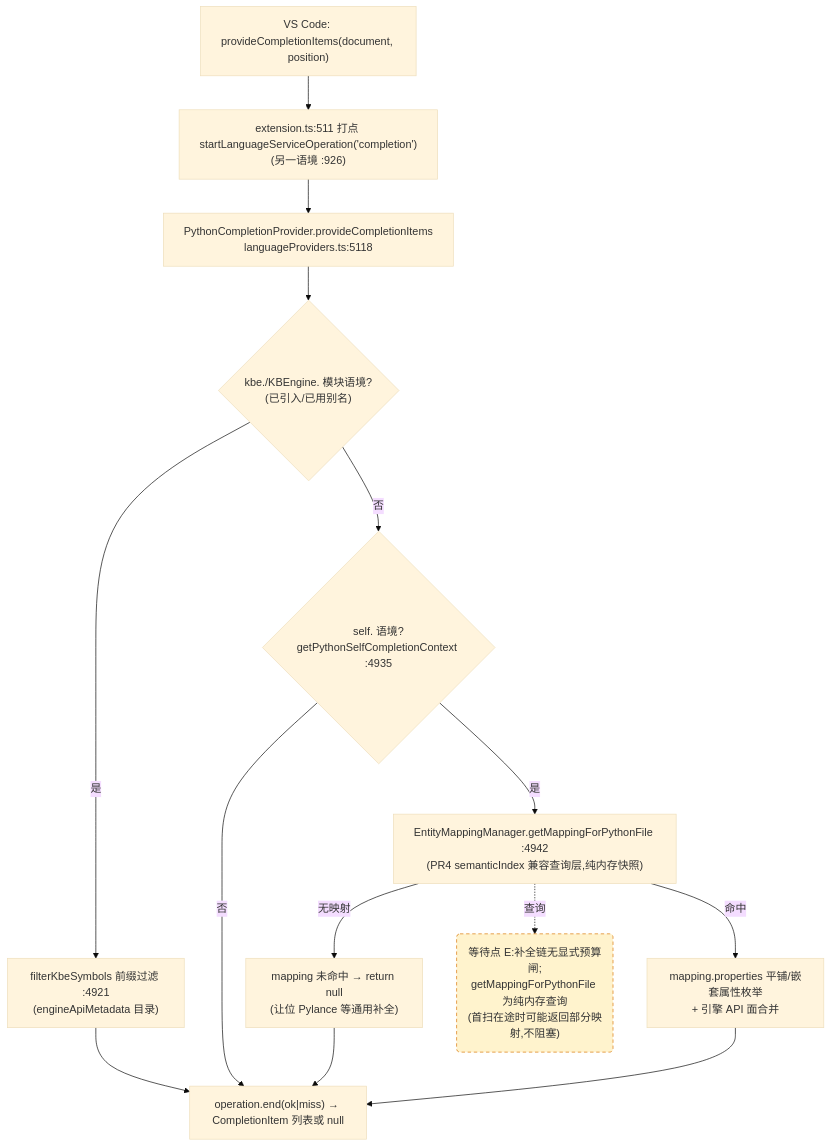
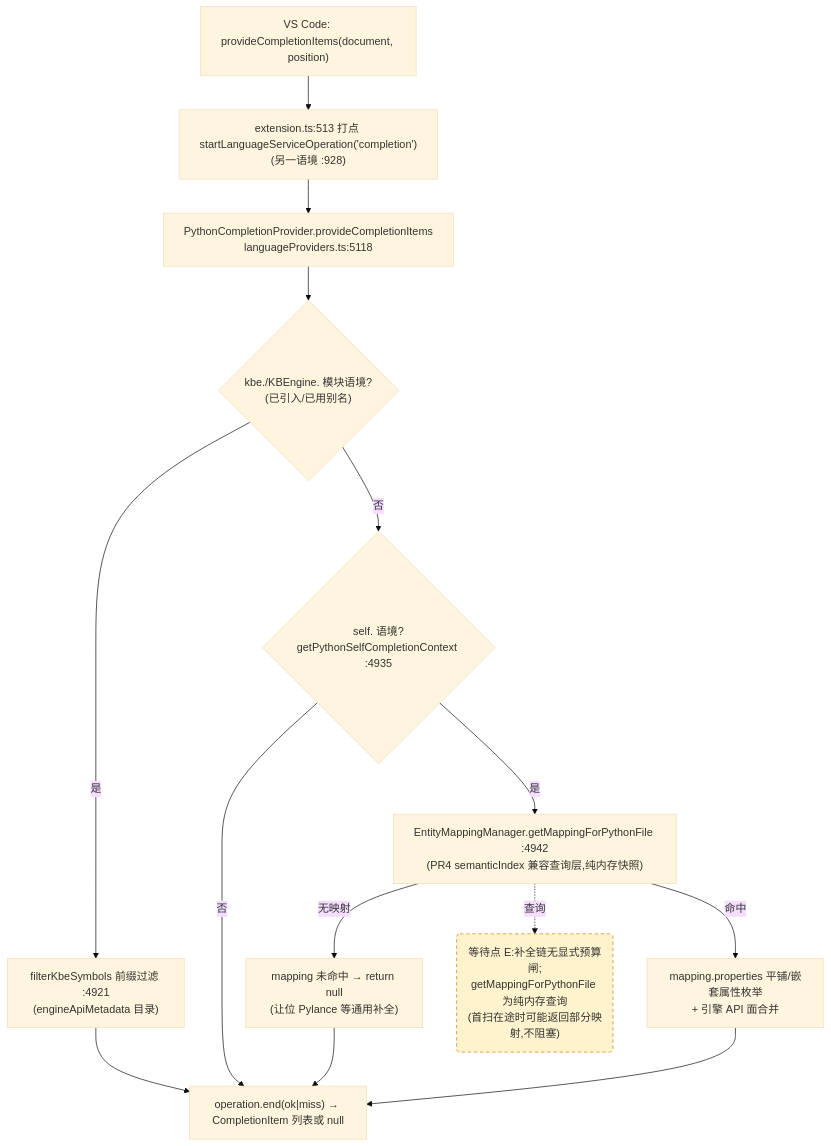
The third of 4 diagrams in docs/perf/2026-baseline.md (cuihairu/kode), drawn with Mermaid (base theme) before and after one commit. The commit also changed other lines of this file and 6 other files, not shown here.

````diff
--- a/docs/perf/2026-baseline.md
+++ b/docs/perf/2026-baseline.md
@@ -184,27 +184,27 @@
 ```mermaid
 flowchart TD
   VC3["VS Code: provideCompletionItems(document, position)"]
-  M3["extension.ts:511 打点 startLanguageServiceOperation('completion')<br/>(另一语境 :926)"]
+  M3["extension.ts:513 打点 startLanguageServiceOperation('completion')<br/>(另一语境 :928)"]
   CP["PythonCompletionProvider.provideCompletionItems<br/>languageProviders.ts:5118"]
   KBEC{"kbe./KBEngine. 模块语境?<br/>(已引入/已用别名)"}
   FILTER["filterKbeSymbols 前缀过滤 :4921<br/>(engineApiMetadata 目录)"]
   SELFC{"self. 语境?<br/>getPythonSelfCompletionContext :4935"}
   MAP["EntityMappingManager.getMappingForPythonFile :4942<br/>(PR4 semanticIndex 兼容查询层,纯内存快照)"]
   NOMAP["mapping 未命中 → return null<br/>(让位 Pylance 等通用补全)"]
   PROPS["mapping.properties 平铺/嵌套属性枚举<br/>+ 引擎 API 面合并"]
   END3["operation.end(ok|miss) → CompletionItem 列表或 null"]
 
   VC3 --> M3 --> CP --> KBEC
   KBEC -- "是" --> FILTER --> END3
   KBEC -- "否" --> SELFC
   SELFC -- "否" --> END3
   SELFC -- "是" --> MAP
   MAP -- "无映射" --> NOMAP --> END3
   MAP -- "命中" --> PROPS --> END3
 
   WAITE("等待点 E:补全链无显式预算闸;<br/>getMappingForPythonFile 为纯内存查询<br/>(首扫在途时可能返回部分映射,不阻塞)")
   MAP -.->|查询| WAITE
 
   classDef waitPoint fill:#fff3cd,stroke:#d97706,stroke-dasharray:5 4;
   class WAITE waitPoint;
 ```
````
